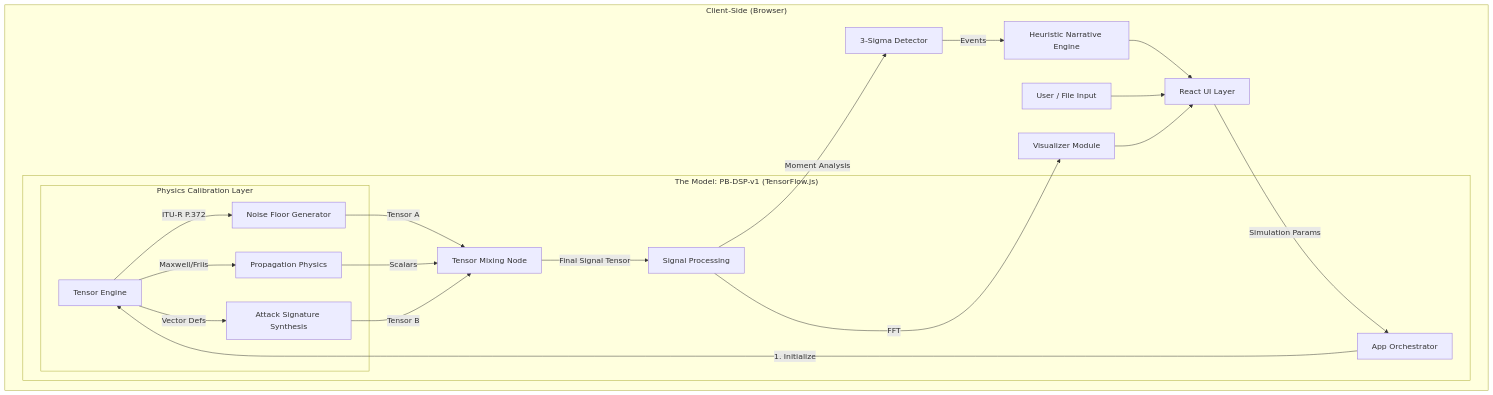
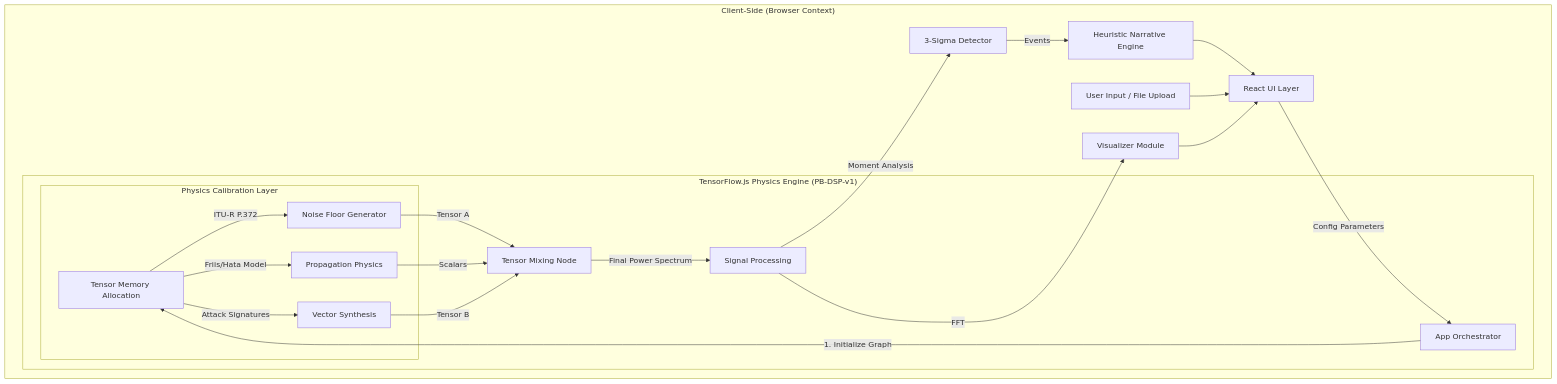
Before and after one commit to ritvikindupuri/PhantomBand-V2: the diagram in TECHNICAL_DOCUMENTATION.md, drawn with Mermaid. The commit also changed other lines of this file and 1 other file, not shown here.

````diff
--- a/TECHNICAL_DOCUMENTATION.md
+++ b/TECHNICAL_DOCUMENTATION.md
@@ -33,30 +34,30 @@
 ```mermaid
 graph TD
-    subgraph "Client-Side (Browser)"
-        User[User / File Input] --> UI[React UI Layer]
-        UI --> |Simulation Params| Orch[App Orchestrator]
+    subgraph "Client-Side (Browser Context)"
+        User[User Input / File Upload] --> UI[React UI Layer]
+        UI --> |Config Parameters| Orch[App Orchestrator]
         
-        subgraph "The Model: PB-DSP-v1 (TensorFlow.js)"
-            Orch --> |1. Initialize| TF[Tensor Engine]
+        subgraph "TensorFlow.js Physics Engine (PB-DSP-v1)"
+            Orch --> |1. Initialize Graph| TF[Tensor Memory Allocation]
             
             subgraph "Physics Calibration Layer"
                 TF --> |ITU-R P.372| NoiseGen[Noise Floor Generator]
-                TF --> |Maxwell/Friis| PropModel[Propagation Physics]
-                TF --> |Vector Defs| SigGen[Attack Signature Synthesis]
+                TF --> |Friis/Hata Model| PropModel[Propagation Physics]
+                TF --> |Attack Signatures| SigGen[Vector Synthesis]
             end
             
             NoiseGen --> |Tensor A| Mixer[Tensor Mixing Node]
             PropModel --> |Scalars| Mixer
             SigGen --> |Tensor B| Mixer
             
-            Mixer --> |Final Signal Tensor| DSP[Signal Processing]
+            Mixer --> |Final Power Spectrum| DSP[Signal Processing]
         end
         
         DSP --> |Moment Analysis| Anomaly[3-Sigma Detector]
         DSP --> |FFT| Viz[Visualizer Module]
         Anomaly --> |Events| Narrative[Heuristic Narrative Engine]
         
         Viz --> UI
         Narrative --> UI
     end
 ```
````
